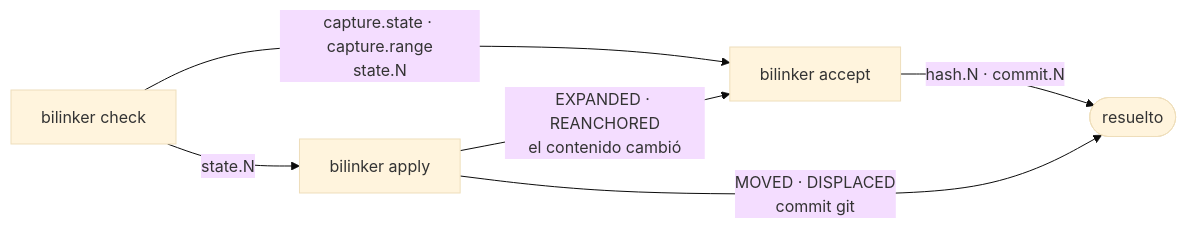
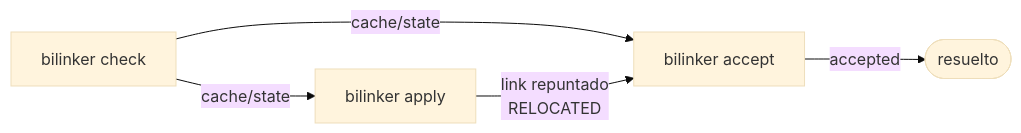
Before and after one commit to anibalanto/accreta: the second of 3 diagrams in subsystems/bilinker/architecture.md, drawn with Mermaid (base theme). The commit also changed other lines of this file and 184 other files, not shown here.

````diff
--- a/subsystems/bilinker/architecture.md
+++ b/subsystems/bilinker/architecture.md
@@ -42,8 +42,7 @@
 ```mermaid
 flowchart LR
-    A[bilinker check] -->|"capture.state · capture.range\nstate.N"| B[bilinker accept]
-    A -->|"state.N"| C[bilinker apply]
-    B -->|"hash.N · commit.N"| D([resuelto])
-    C -->|"MOVED · DISPLACED\ncommit git"| D
-    C -->|"EXPANDED · REANCHORED\nel contenido cambió"| B
+    A[bilinker check] -->|"cache/state"| B[bilinker accept]
+    A -->|"cache/state"| C[bilinker apply]
+    B -->|"accepted"| D([resuelto])
+    C -->|"link repuntado\nRELOCATED"| B
 ```
````
